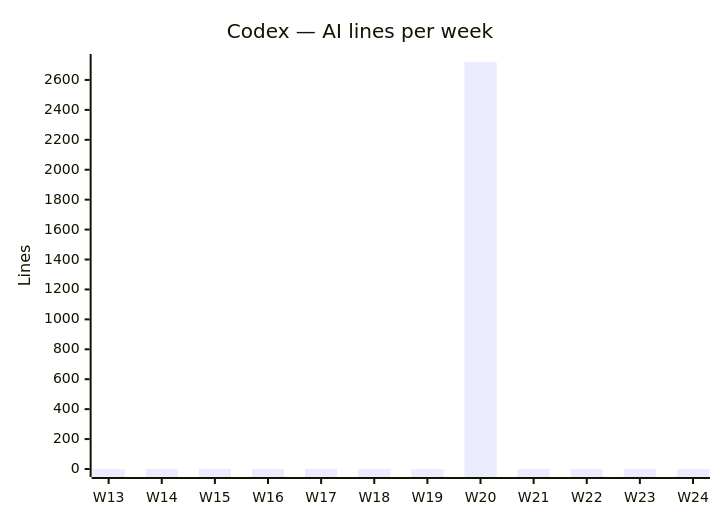
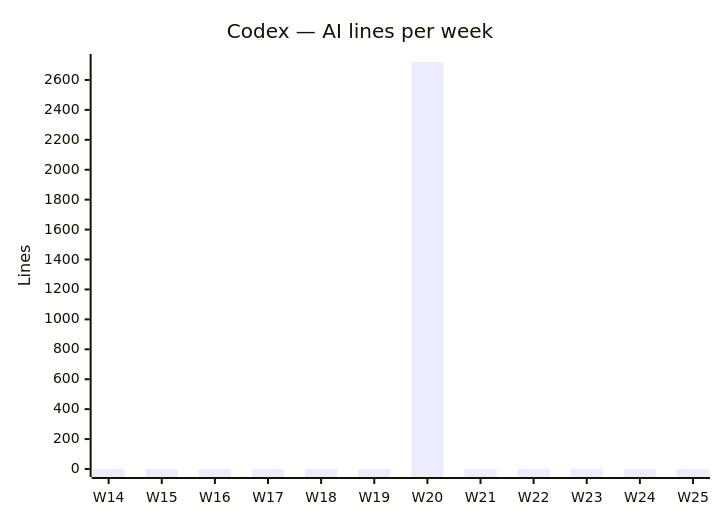
Before and after one commit to fromwaydowntown/ai-use: the third of 4 diagrams in docs/AI_USAGE.md, drawn with Mermaid. The commit also changed other lines of this file, not shown here.

````diff
--- a/docs/AI_USAGE.md
+++ b/docs/AI_USAGE.md
@@ -39,7 +39,7 @@
 ```mermaid
 xychart-beta
     title "Codex — AI lines per week"
-    x-axis ["W13", "W14", "W15", "W16", "W17", "W18", "W19", "W20", "W21", "W22", "W23", "W24"]
+    x-axis ["W14", "W15", "W16", "W17", "W18", "W19", "W20", "W21", "W22", "W23", "W24", "W25"]
     y-axis "Lines"
-    bar [0, 0, 0, 0, 0, 0, 0, 2720, 0, 0, 0, 0]
+    bar [0, 0, 0, 0, 0, 0, 2720, 0, 0, 0, 0, 0]
 ```
````
